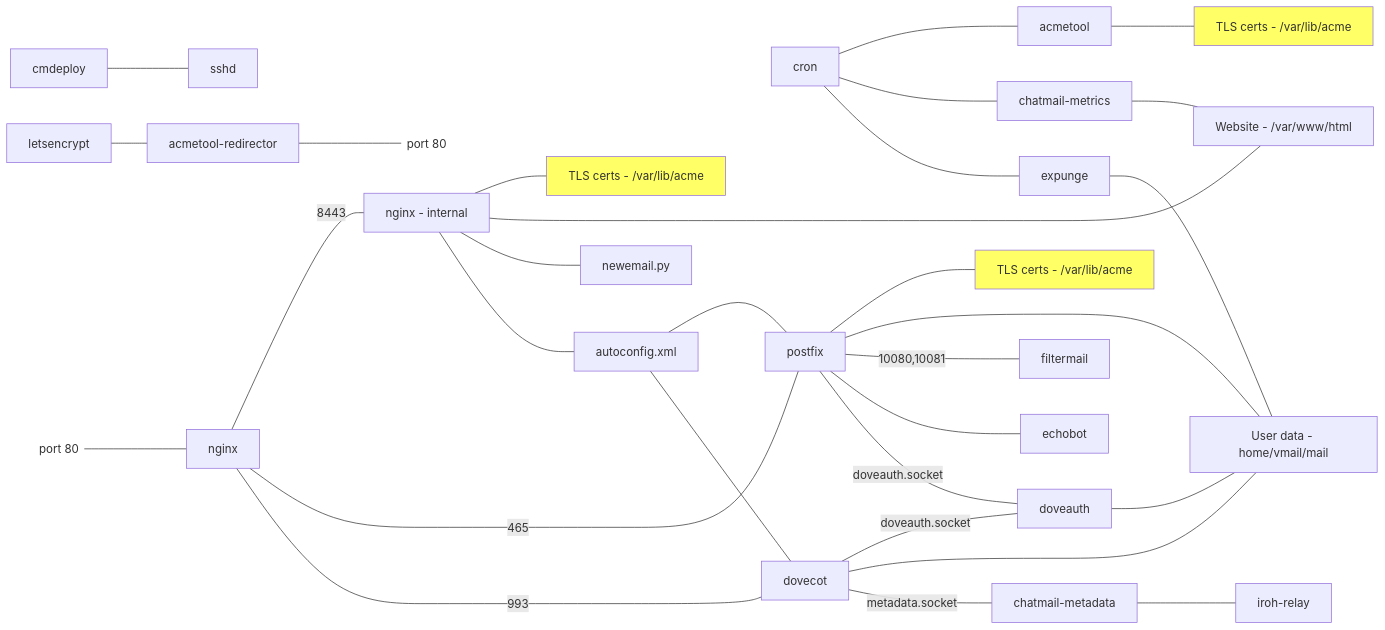
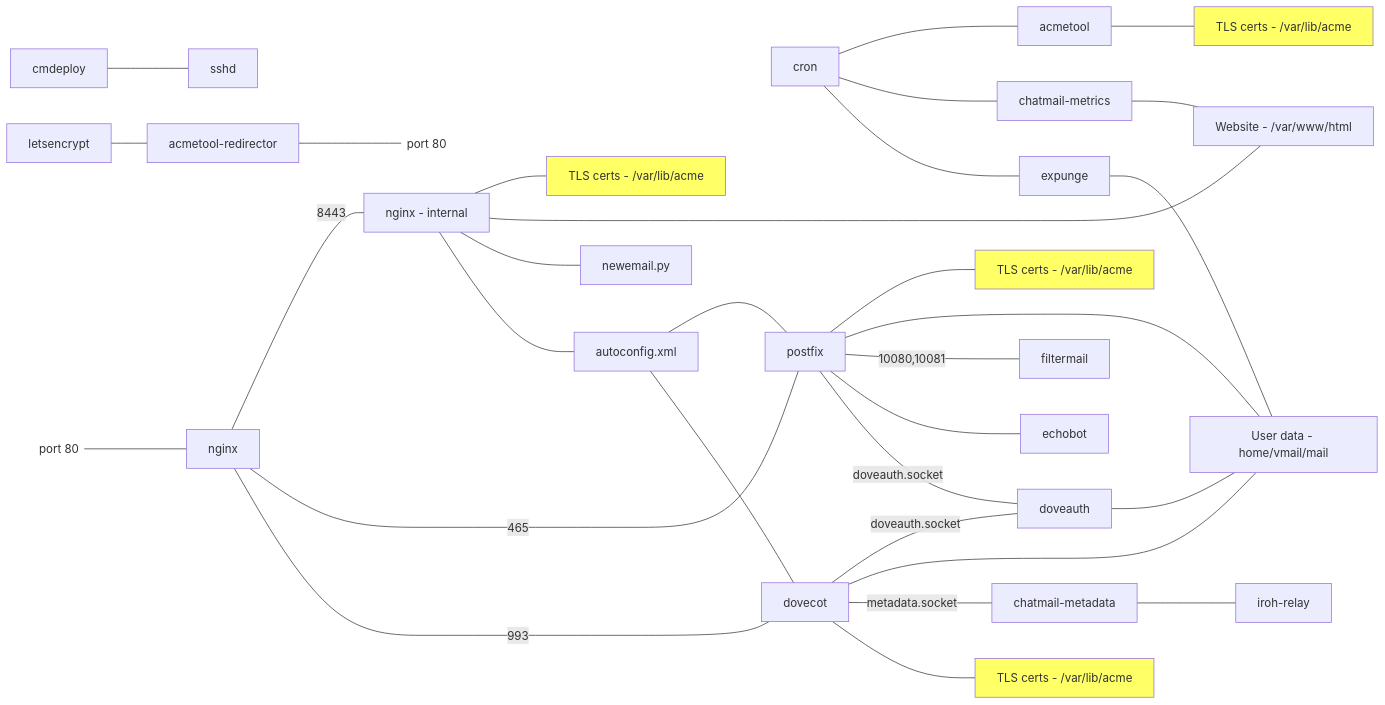
The diagram in ARCHITECTURE.md (cliffmccarthy/chatmail-relay), drawn with Mermaid before and after one commit.

Commit message:
Add certs-dovecot

````diff
--- a/ARCHITECTURE.md
+++ b/ARCHITECTURE.md
@@ -4,35 +4,37 @@
 ```mermaid
 graph LR;
     cmdeploy --- sshd;
     letsencrypt --- acmetool-redirector;
     acmetool-redirector --- port80r@{ shape: text, label: "port 80" };
     port80l@{ shape: text, label: "port 80" } --- nginx;
     nginx --- |8443|nginx-internal[nginx - internal];
     nginx-internal --- certs-nginx[TLS certs - /var/lib/acme];
     nginx-internal --- website[Website - /var/www/html];
     nginx-internal --- newemail.py;
     nginx-internal --- autoconfig.xml;
     cron --- acmetool;
     cron --- chatmail-metrics;
     cron --- expunge;
     chatmail-metrics --- website;
     acmetool --- certs[TLS certs - /var/lib/acme];
     nginx --- |465|postfix;
     nginx --- |993|dovecot;
     autoconfig.xml --- postfix;
     autoconfig.xml --- dovecot;
     postfix --- certs-postfix[TLS certs - /var/lib/acme];
     postfix --- users[User data - home/vmail/mail];
     postfix --- |10080,10081|filtermail;
     postfix --- echobot;
     postfix --- |doveauth.socket|doveauth;
     dovecot --- |doveauth.socket|doveauth;
     dovecot --- users;
     dovecot --- |metadata.socket|chatmail-metadata;
+    dovecot --- certs-dovecot[TLS certs - /var/lib/acme];
     doveauth --- users;
     expunge --- users;
     chatmail-metadata --- iroh-relay;
     style certs fill:#ff6;
     style certs-nginx fill:#ff6;
     style certs-postfix fill:#ff6;
+    style certs-dovecot fill:#ff6;
 ```
````
